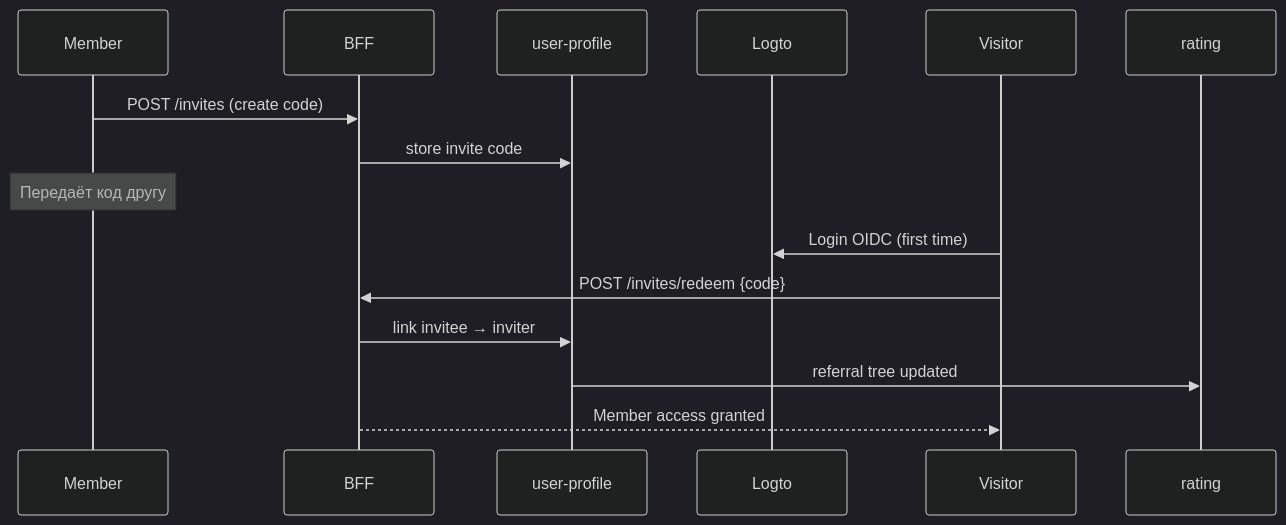
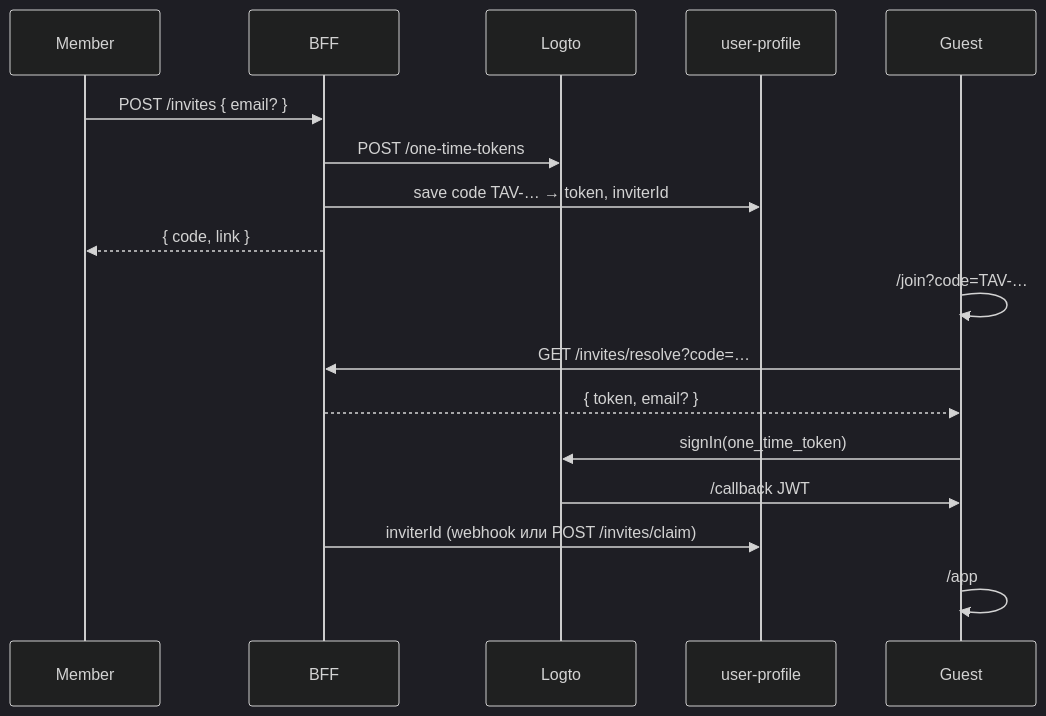
Before and after one commit to andrewb76/tavrida: the diagram in docs/01-goal/club-access.md, drawn with Mermaid (dark theme). The commit also changed other lines of this file and 80 other files, not shown here.

First line of the commit message:
Add Logto auth and invite-only club access model.

````diff
--- a/docs/01-goal/club-access.md
+++ b/docs/01-goal/club-access.md
@@ -36,17 +57,21 @@
 ```mermaid
 sequenceDiagram
-    participant M as Member
-    participant B as BFF
-    participant UP as user-profile
-    participant L as Logto
+  participant M as Member
+  participant B as BFF
+  participant L as Logto
+  participant UP as user-profile
+  participant V as Guest
 
-    M->>B: POST /invites (create code)
-    B->>UP: store invite code
-    Note over M: Передаёт код другу
-    participant V as Visitor
-    V->>L: Login OIDC (first time)
-    V->>B: POST /invites/redeem {code}
-    B->>UP: link invitee → inviter
-    UP->>rating: referral tree updated
-    B-->>V: Member access granted
+  M->>B: POST /invites { email? }
+  B->>L: POST /one-time-tokens
+  B->>UP: save code TAV-… → token, inviterId
+  B-->>M: { code, link }
+
+  V->>V: /join?code=TAV-…
+  V->>B: GET /invites/resolve?code=…
+  B-->>V: { token, email? }
+  V->>L: signIn(one_time_token)
+  L->>V: /callback JWT
+  B->>UP: inviterId (webhook или POST /invites/claim)
+  V->>V: /app
 ```
````
